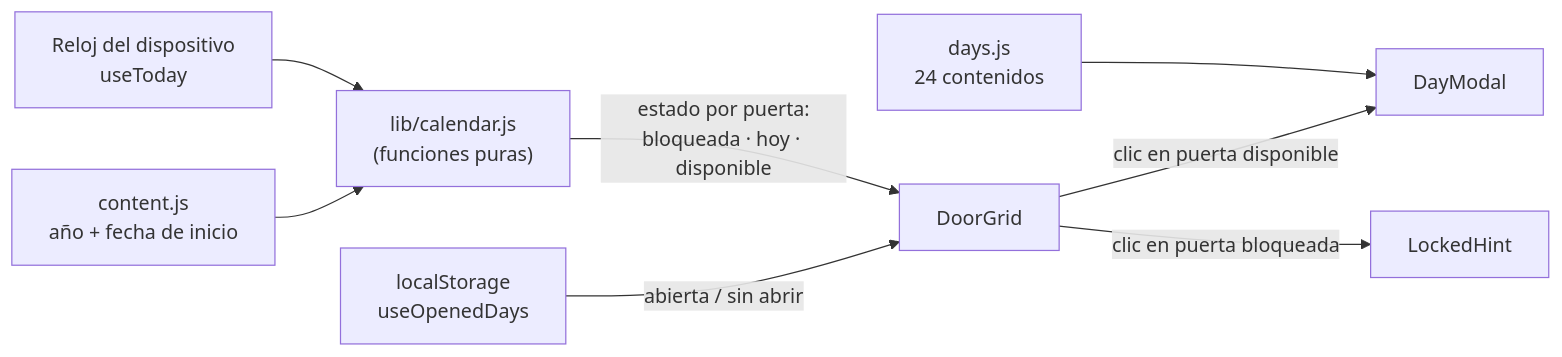
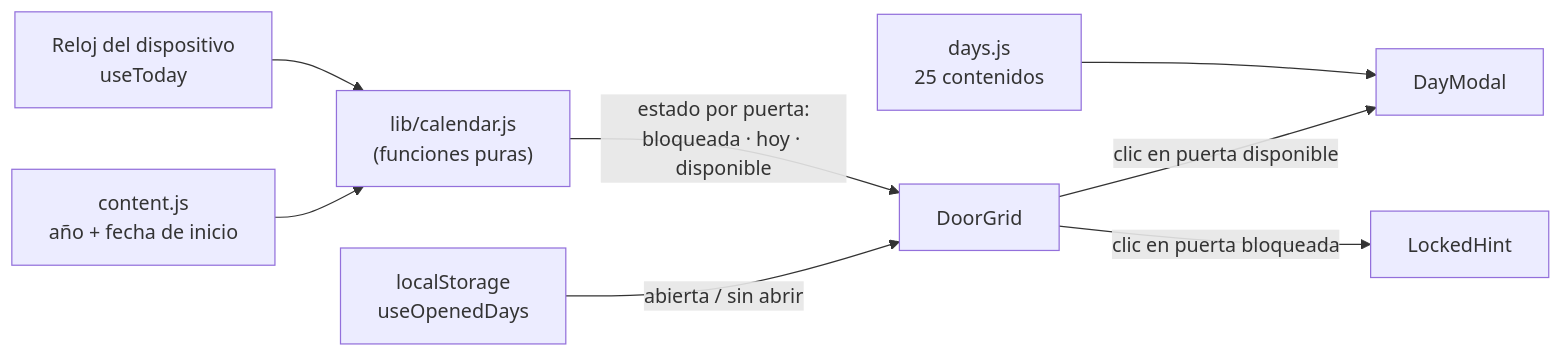
Before and after one commit to JHONZ-01/Proyect_love: the diagram in PLAN_BLOQUE_4_ADVIENTO.md, drawn with Mermaid. The commit also changed other lines of this file and 24 other files, not shown here.

````diff
--- a/PLAN_BLOQUE_4_ADVIENTO.md
+++ b/PLAN_BLOQUE_4_ADVIENTO.md
@@ -50,10 +51,10 @@
 ```mermaid
 flowchart LR
     CLOCK["Reloj del dispositivo<br/>useToday"] --> CAL["lib/calendar.js<br/>(funciones puras)"]
     CFG["content.js<br/>año + fecha de inicio"] --> CAL
     CAL -->|"estado por puerta:<br/>bloqueada · hoy · disponible"| GRID[DoorGrid]
     LS["localStorage<br/>useOpenedDays"] -->|"abierta / sin abrir"| GRID
-    DAYS["days.js<br/>24 contenidos"] --> MODAL[DayModal]
+    DAYS["days.js<br/>25 contenidos"] --> MODAL[DayModal]
     GRID -->|clic en puerta disponible| MODAL
     GRID -->|clic en puerta bloqueada| HINT[LockedHint]
 ```
````
